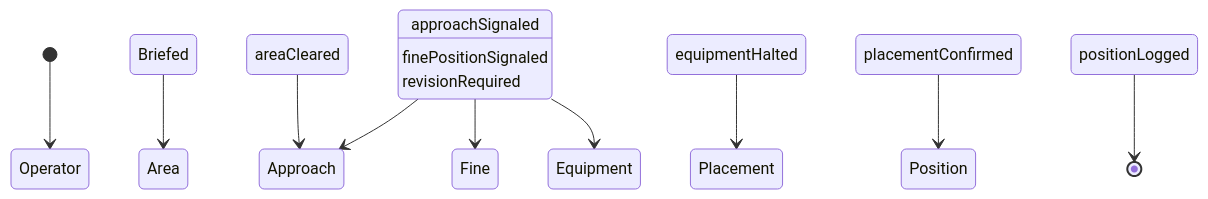
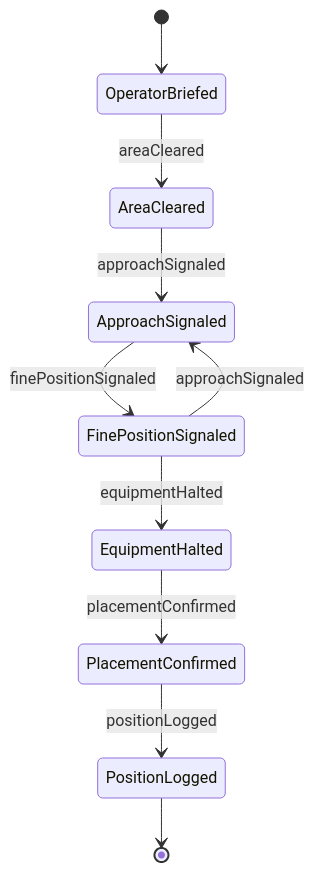
Before and after one commit to dot-org-ai/tasks.org.ai: the second of 4 diagrams in CommunicatingWithSupervisorsPeersOrSubordinates/SignalOthersToCoordinateWorkActivities/SignalEquipmentOperatorsIndicateProper.mdx, drawn with Mermaid. The commit also changed other lines of this file and 515 other files, not shown here.

````diff
--- a/CommunicatingWithSupervisorsPeersOrSubordinates/SignalOthersToCoordinateWorkActivities/SignalEquipmentOperatorsIndicateProper.mdx
+++ b/CommunicatingWithSupervisorsPeersOrSubordinates/SignalOthersToCoordinateWorkActivities/SignalEquipmentOperatorsIndicateProper.mdx
@@ -97,12 +97,12 @@
 ```mermaid
 stateDiagram-v2
-    [*] --> Operator Briefed
-    Operator Briefed --> Area Cleared : areaCleared
-    Area Cleared --> Approach Signaled : approachSignaled
-    Approach Signaled --> Fine Position Signaled : finePositionSignaled
-    Fine Position Signaled --> Equipment Halted : equipmentHalted
-    Equipment Halted --> Placement Confirmed : placementConfirmed
-    Placement Confirmed --> Position Logged : positionLogged
-    Fine Position Signaled --> Approach Signaled : revisionRequired
-    Position Logged --> [*]
+    [*] --> OperatorBriefed
+    OperatorBriefed --> AreaCleared : areaCleared
+    AreaCleared --> ApproachSignaled : approachSignaled
+    ApproachSignaled --> FinePositionSignaled : finePositionSignaled
+    FinePositionSignaled --> EquipmentHalted : equipmentHalted
+    EquipmentHalted --> PlacementConfirmed : placementConfirmed
+    PlacementConfirmed --> PositionLogged : positionLogged
+    FinePositionSignaled --> ApproachSignaled : approachSignaled
+    PositionLogged --> [*]
 ```
````
